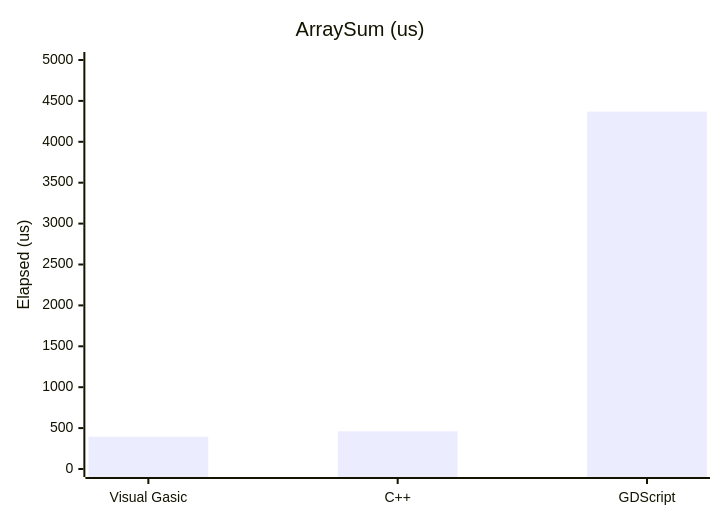
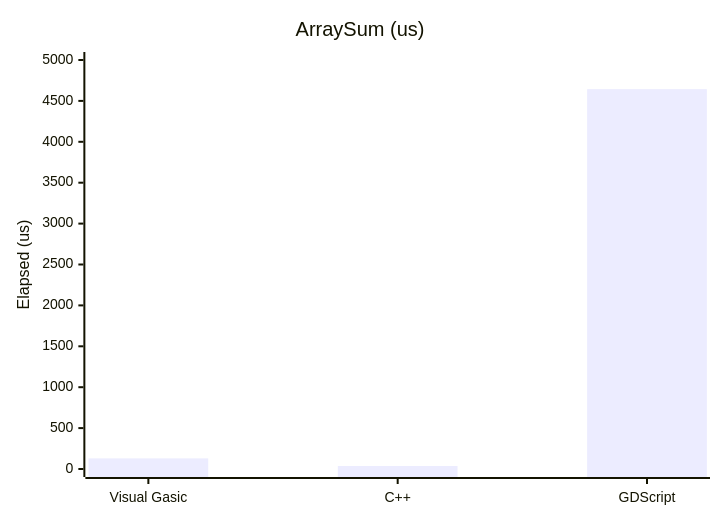
Before and after one commit to xgreenrx-star/VisualGasic: the second of 11 diagrams in docs/manual/performance.md, drawn with Mermaid. The commit also changed other lines of this file and 3 other files, not shown here.

````diff
--- a/docs/manual/performance.md
+++ b/docs/manual/performance.md
@@ -89,7 +97,7 @@
 ```mermaid
 xychart-beta
     title "ArraySum (us)"
     x-axis ["Visual Gasic","C++","GDScript"]
     y-axis "Elapsed (us)" 0 --> 5000
-    bar [395,461,4369]
+    bar [130,37,4644]
 ```
````
